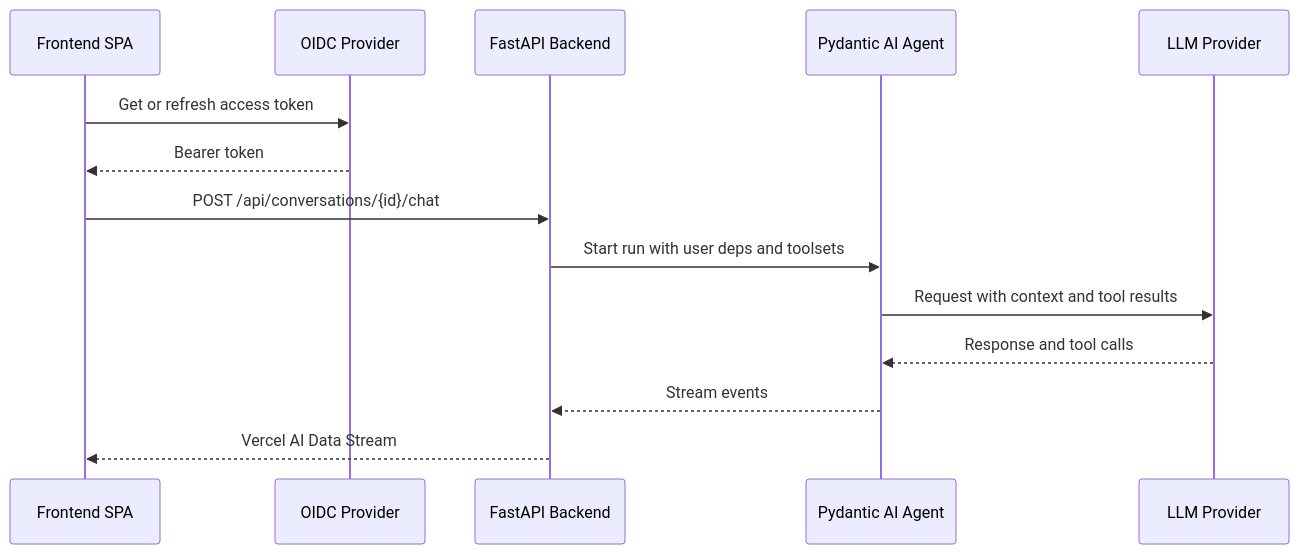
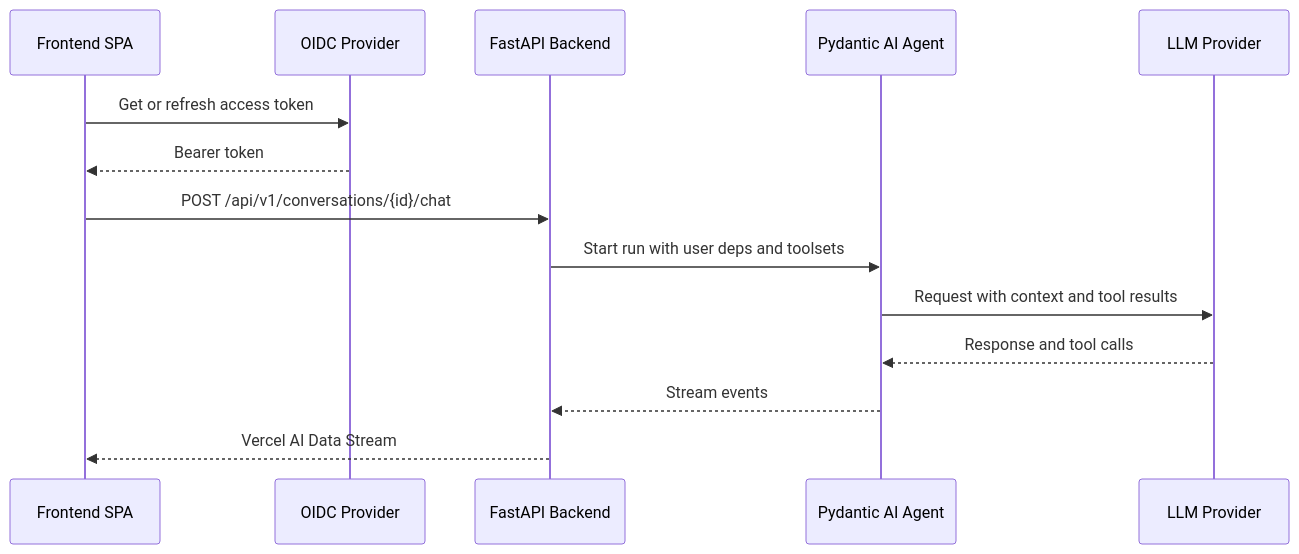
Before and after one commit to dfki-ebls/hivegent: the second of 3 diagrams in ARCHITECTURE.md, drawn with Mermaid. The commit also changed other lines of this file and 60 other files, not shown here.

````diff
--- a/ARCHITECTURE.md
+++ b/ARCHITECTURE.md
@@ -60,17 +60,17 @@
 ```mermaid
 sequenceDiagram
     participant spa as Frontend SPA
     participant oidc as OIDC Provider
     participant api as FastAPI Backend
     participant agent as Pydantic AI Agent
     participant llm as LLM Provider
 
     spa->>oidc: Get or refresh access token
     oidc-->>spa: Bearer token
-    spa->>api: POST /api/conversations/{id}/chat
+    spa->>api: POST /api/v1/conversations/{id}/chat
     api->>agent: Start run with user deps and toolsets
     agent->>llm: Request with context and tool results
     llm-->>agent: Response and tool calls
     agent-->>api: Stream events
     api-->>spa: Vercel AI Data Stream
 ```
````
